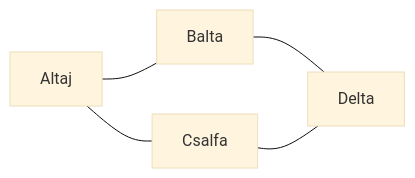
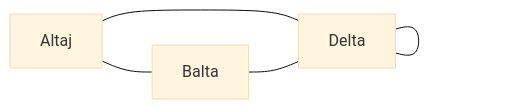
One commit to zoltndor/tudas-tar changed the diagram in src/site/notes/B/Balk.md. Above: the diagram before and after it, drawn with Mermaid (base theme). The commit also changed other lines of this file, not shown here.

````diff
--- a/src/site/notes/B/Balk.md
+++ b/src/site/notes/B/Balk.md
@@ -41,6 +33,4 @@
 ```mermaid
 flowchart LR
-A["Altaj"] ~~~ B["Balta"]
-C["Csalfa"] ~~~ D["Delta"]
-A --- B & C --- D
+A["Altaj"] --- B["Balta"] & D["Csalfa"] --- D["Delta"]
 ```
````
